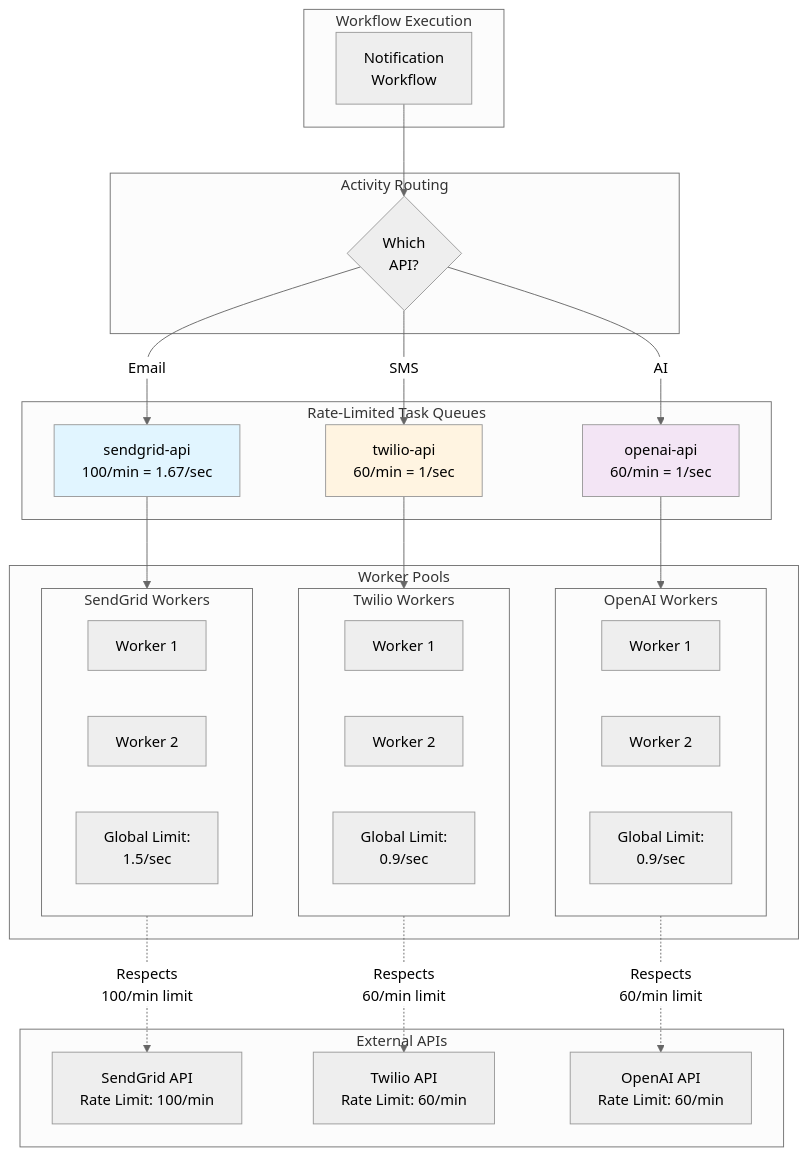
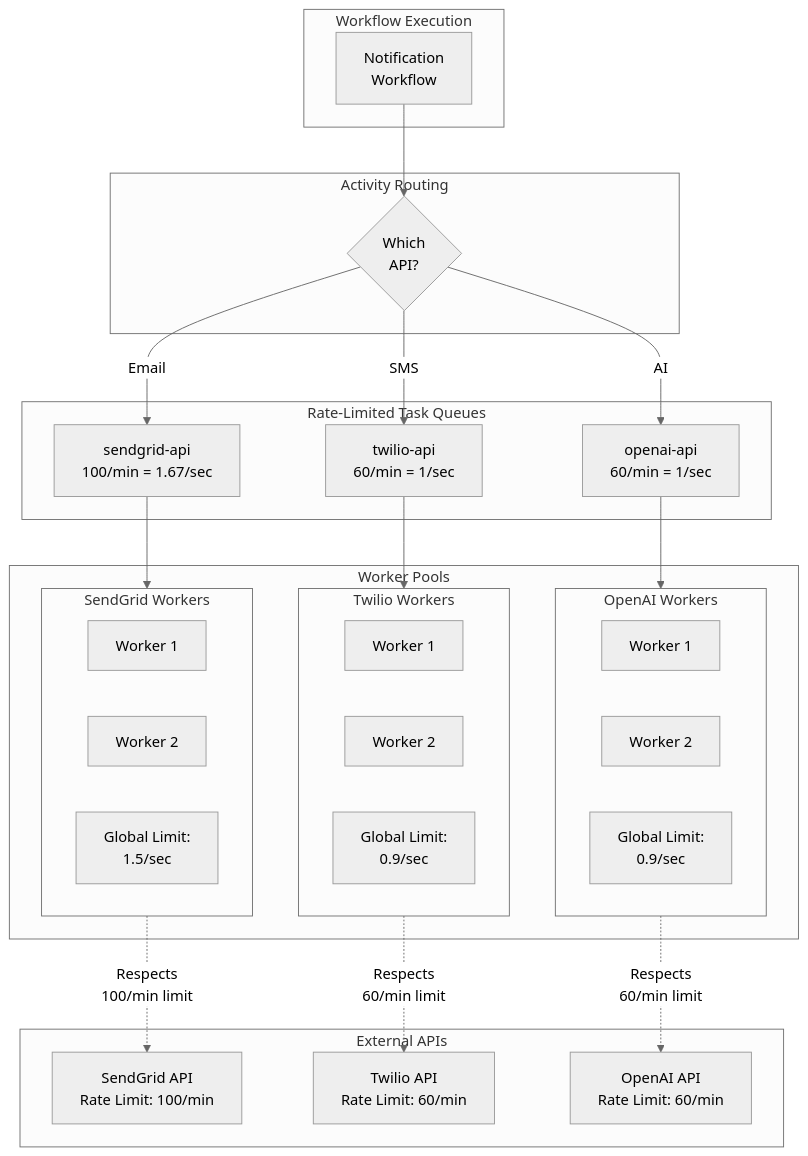
Before and after one commit to temporalio/documentation: the diagram in docs/guides/rate-limit-downstream-apis.mdx, drawn with Mermaid (neutral theme). The commit also changed 4 other files, not shown here.

Commit message:
Mermaid updates to remove outline text and add guidance to agents.md

````diff
--- a/docs/guides/rate-limit-downstream-apis.mdx
+++ b/docs/guides/rate-limit-downstream-apis.mdx
@@ -193,58 +193,61 @@
 ```mermaid
 flowchart TB
     subgraph Workflow["Workflow Execution"]
         WF[Notification<br/>Workflow]
     end
 
     subgraph Routing["Activity Routing"]
         Decision{Which<br/>API?}
     end
 
     subgraph Queues["Rate-Limited Task Queues"]
         SGTQ[sendgrid-api<br/>100/min = 1.67/sec]
         TWTQ[twilio-api<br/>60/min = 1/sec]
         AITQ[openai-api<br/>60/min = 1/sec]
     end
 
     subgraph Workers["Worker Pools"]
         subgraph SGWP["SendGrid Workers"]
             SGW1[Worker 1]
             SGW2[Worker 2]
             SGW3[Global Limit:<br/>1.5/sec]
         end
         subgraph TWWP["Twilio Workers"]
             TWW1[Worker 1]
             TWW2[Worker 2]
             TWW3[Global Limit:<br/>0.9/sec]
         end
         subgraph AIWP["OpenAI Workers"]
             AIW1[Worker 1]
             AIW2[Worker 2]
             AIW3[Global Limit:<br/>0.9/sec]
         end
     end
 
     subgraph APIs["External APIs"]
         SGAPI[SendGrid API<br/>Rate Limit: 100/min]
         TWAPI[Twilio API<br/>Rate Limit: 60/min]
         AIAPI[OpenAI API<br/>Rate Limit: 60/min]
     end
 
     WF --> Decision
 
     Decision -->|Email| SGTQ
     Decision -->|SMS| TWTQ
     Decision -->|AI| AITQ
 
     SGTQ --> SGWP
     TWTQ --> TWWP
     AITQ --> AIWP
 
     SGWP -.->|Respects<br/>100/min limit| SGAPI
     TWWP -.->|Respects<br/>60/min limit| TWAPI
     AIWP -.->|Respects<br/>60/min limit| AIAPI
 
-    style SGTQ fill:#e1f5ff
-    style TWTQ fill:#fff4e1
-    style AITQ fill:#f3e5f5
+    classDef blue stroke-width:1px
+    classDef amber stroke-width:1px
+    classDef purple stroke-width:1px
+    class SGTQ blue
+    class TWTQ amber
+    class AITQ purple
 ```
````
